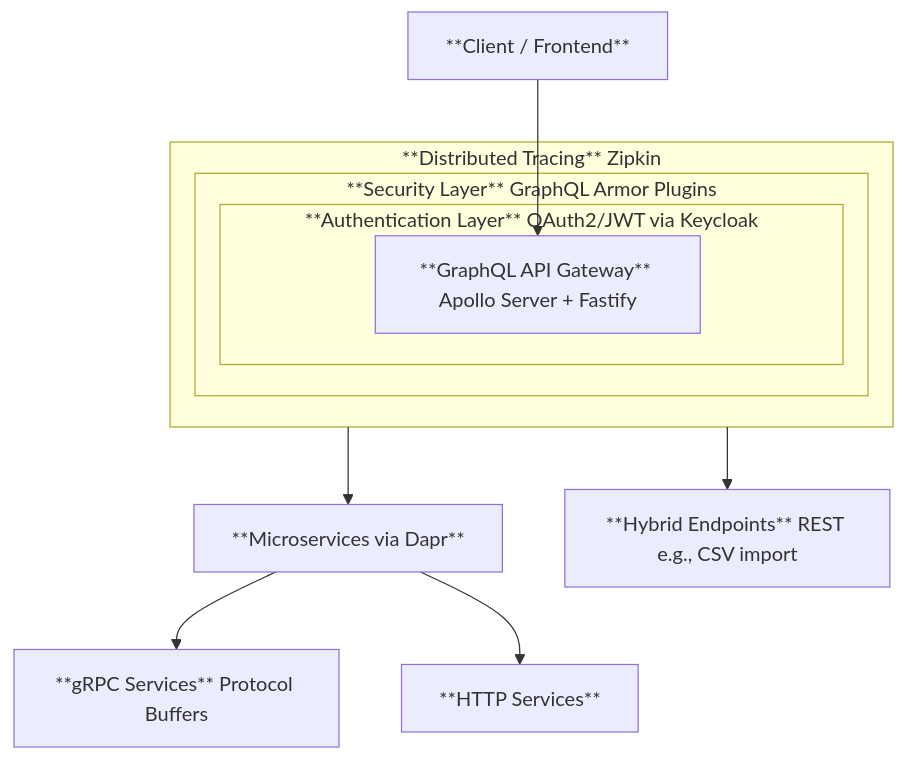
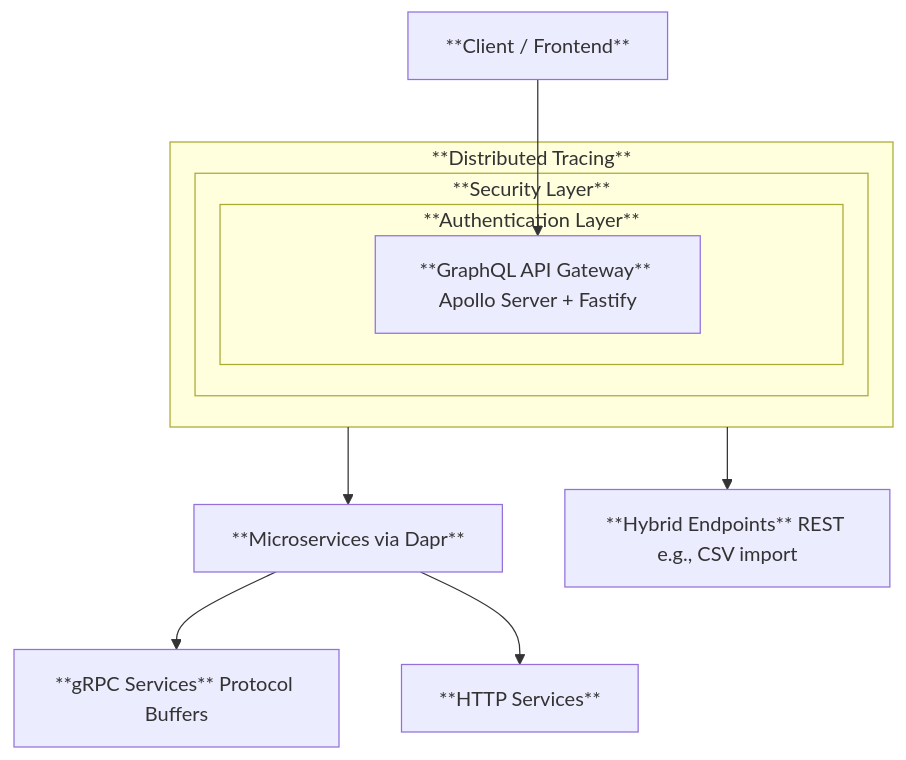
Before and after one commit to sbhrwl/microservices: the diagram in app/api-gateway/introduction/README.md, drawn with Mermaid. The commit also changed other lines of this file, not shown here.

````diff
--- a/app/api-gateway/introduction/README.md
+++ b/app/api-gateway/introduction/README.md
@@ -13,17 +13,17 @@
 ```mermaid
 graph TD
     A["**Client / Frontend**"] --> B["**GraphQL API Gateway** Apollo Server + Fastify"]
-    subgraph L1 ["**Authentication Layer** OAuth2/JWT via Keycloak"]
+    subgraph L1 ["**Authentication Layer**"]
         B
     end
-    subgraph L2 ["**Security Layer** GraphQL Armor Plugins"]
+    subgraph L2 ["**Security Layer**"]
         L1
     end
-    subgraph L3 ["**Distributed Tracing** Zipkin"]
+    subgraph L3 ["**Distributed Tracing**"]
         L2
     end
     L3 --> F["**Microservices via Dapr**"]
     L3 --> I["**Hybrid Endpoints** REST e.g., CSV import"]
     F --> G["**gRPC Services** Protocol Buffers"]
     F --> H["**HTTP Services**"]
 ```
````
